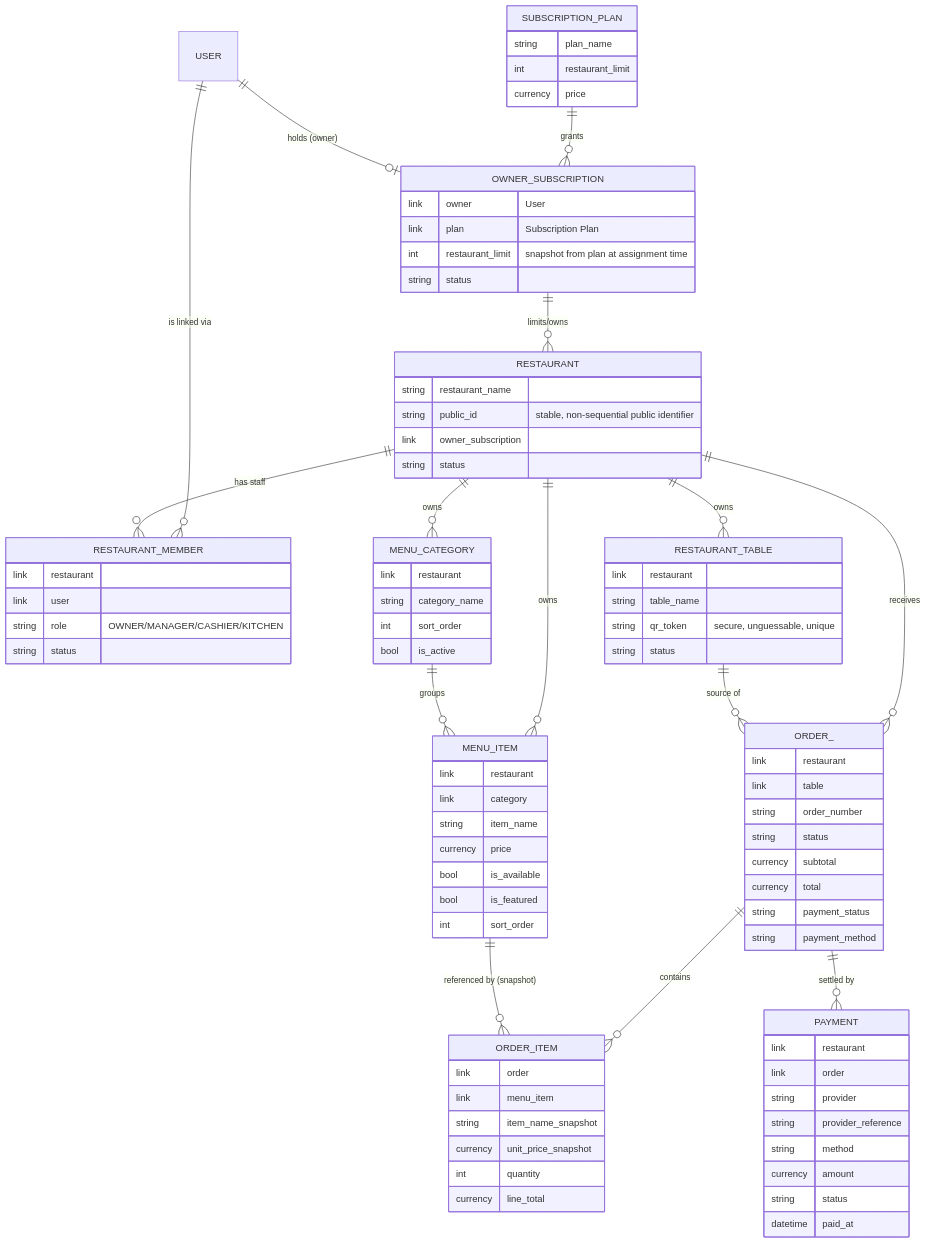
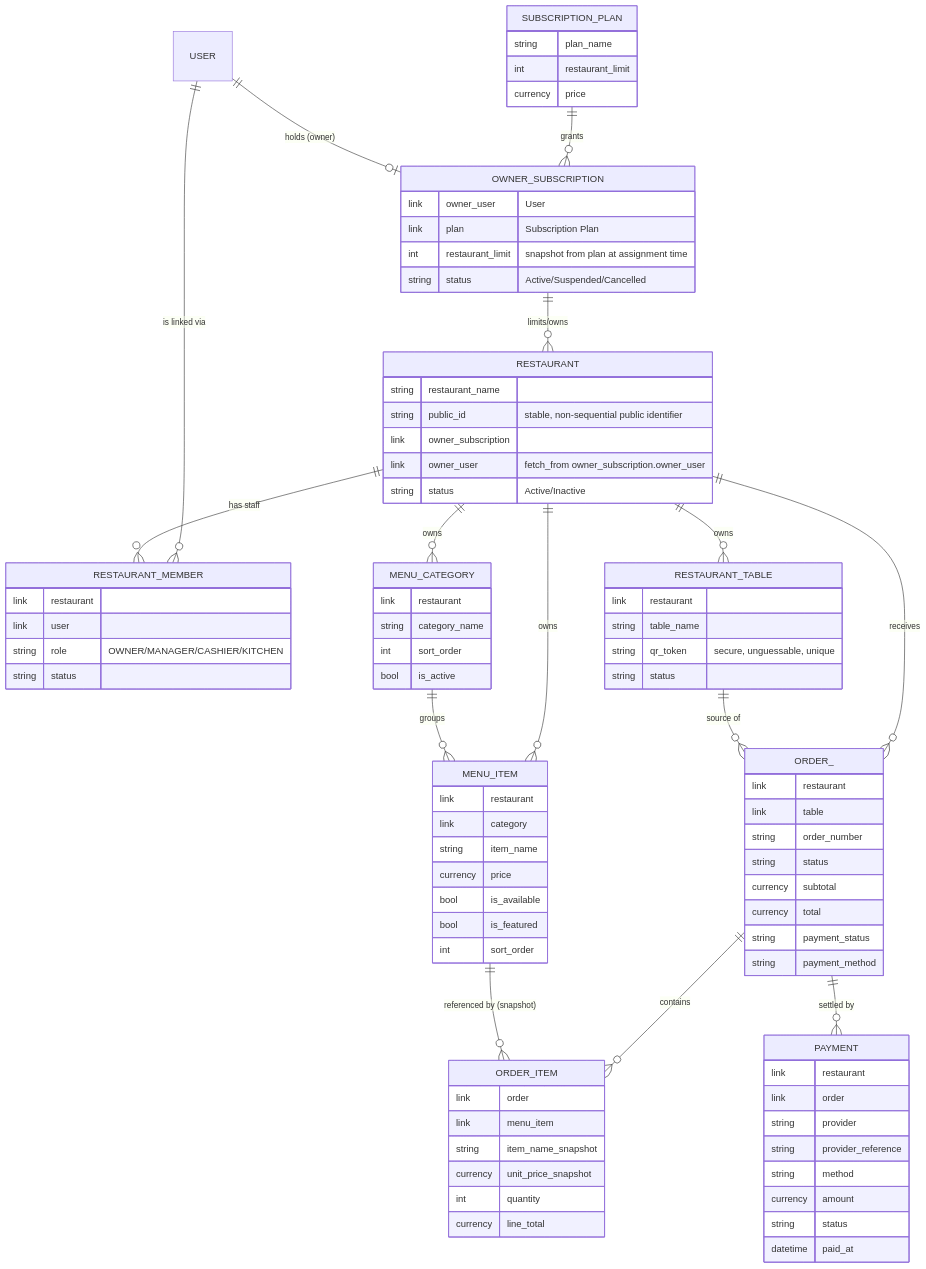
One commit to kimsourly1912/frappe changed the diagram in docs/domain-model.md. Above: the diagram before and after it, drawn with Mermaid. The commit also changed other lines of this file and 22 other files, not shown here.

First line of the commit message:
Slice 1: SaaS ownership - Subscription Plan, Owner Subscription, Restaurant

```diff
--- a/docs/domain-model.md
+++ b/docs/domain-model.md
@@ -30,16 +31,17 @@
         currency price
     }
     OWNER_SUBSCRIPTION {
-        link owner "User"
+        link owner_user "User"
         link plan "Subscription Plan"
         int restaurant_limit "snapshot from plan at assignment time"
-        string status
+        string status "Active/Suspended/Cancelled"
     }
     RESTAURANT {
         string restaurant_name
         string public_id "stable, non-sequential public identifier"
         link owner_subscription
-        string status
+        link owner_user "fetch_from owner_subscription.owner_user"
+        string status "Active/Inactive"
     }
     RESTAURANT_MEMBER {
         link restaurant
```
